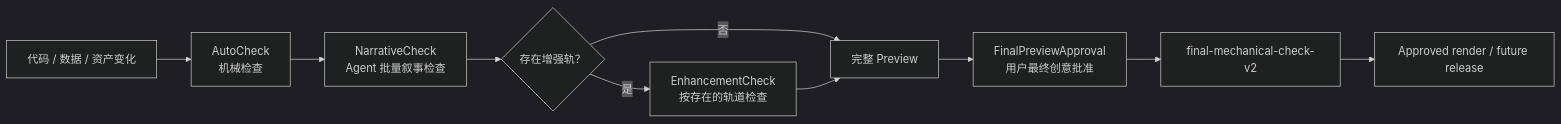
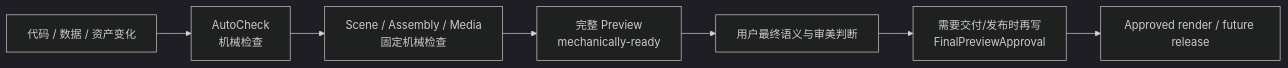
The diagram in docs/REVIEW_MODEL.md (AXMORF/axmorf-studio), drawn with Mermaid (dark theme) before and after one commit. The commit also changed other lines of this file and 14 other files, not shown here.

````diff
--- a/docs/REVIEW_MODEL.md
+++ b/docs/REVIEW_MODEL.md
@@ -5,12 +5,9 @@
 ```mermaid
 flowchart LR
     Change["代码 / 数据 / 资产变化"] --> Auto["AutoCheck<br/>机械检查"]
-    Auto --> Narrative["NarrativeCheck<br/>Agent 批量叙事检查"]
-    Narrative --> Enhanced{"存在增强轨？"}
-    Enhanced -->|"否"| Preview["完整 Preview"]
-    Enhanced -->|"是"| Enhancement["EnhancementCheck<br/>按存在的轨道检查"]
-    Enhancement --> Preview
-    Preview --> User["FinalPreviewApproval<br/>用户最终创意批准"]
-    User --> Final["final-mechanical-check-v2"]
-    Final --> Render["Approved render / future release"]
+    Auto --> SceneMechanical["Scene / Assembly / Media<br/>固定机械检查"]
+    SceneMechanical --> Preview["完整 Preview<br/>mechanically-ready"]
+    Preview --> User["用户最终语义与审美判断"]
+    User --> Approval["需要交付/发布时再写<br/>FinalPreviewApproval"]
+    Approval --> Render["Approved render / future release"]
 ```
````
